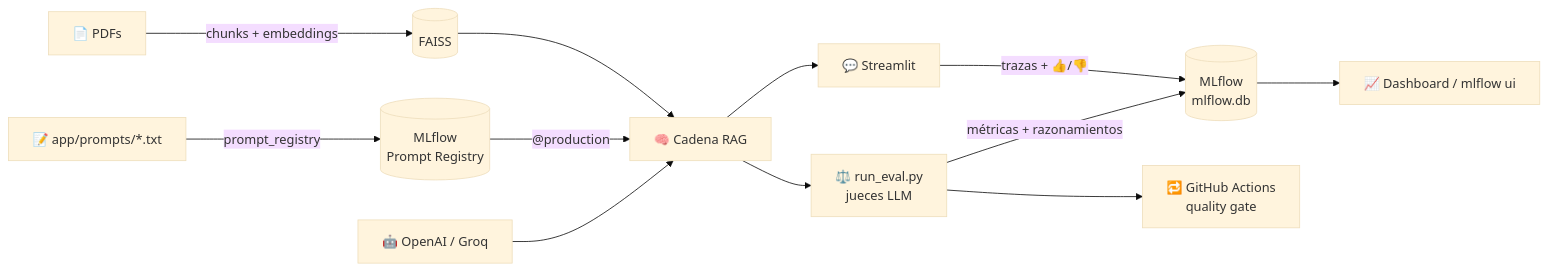
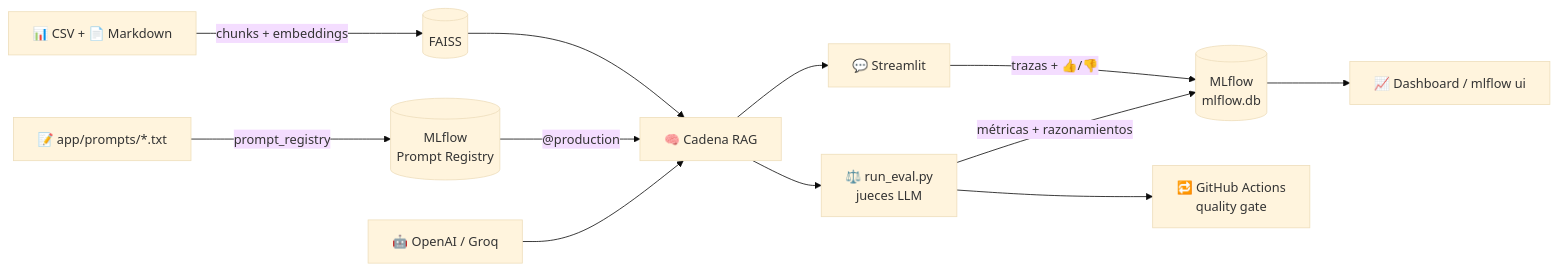
The first of 2 diagrams in README.md (darkanita/GenAIOps_Pycon2025), drawn with Mermaid (base theme) before and after one commit. The commit also changed other lines of this file and 30 other files, not shown here.

````diff
--- a/README.md
+++ b/README.md
@@ -37,14 +48,14 @@
 ```mermaid
 flowchart LR
-    PDF[📄 PDFs] -->|"chunks + embeddings"| IDX[(FAISS)]
+    DATA[📊 CSV + 📄 Markdown] -->|"chunks + embeddings"| IDX[(FAISS)]
     TXT[📝 app/prompts/*.txt] -->|"prompt_registry"| PR[(MLflow<br/>Prompt Registry)]
     IDX --> RAG[🧠 Cadena RAG]
     PR -->|"@production"| RAG
     LLM[🤖 OpenAI / Groq] --> RAG
     RAG --> UI[💬 Streamlit]
     RAG --> EV[⚖️ run_eval.py<br/>jueces LLM]
     UI -->|"trazas + 👍/👎"| ML[(MLflow<br/>mlflow.db)]
     EV -->|"métricas + razonamientos"| ML
     ML --> DASH[📈 Dashboard / mlflow ui]
     EV --> CI[🔁 GitHub Actions<br/>quality gate]
 ```
````
